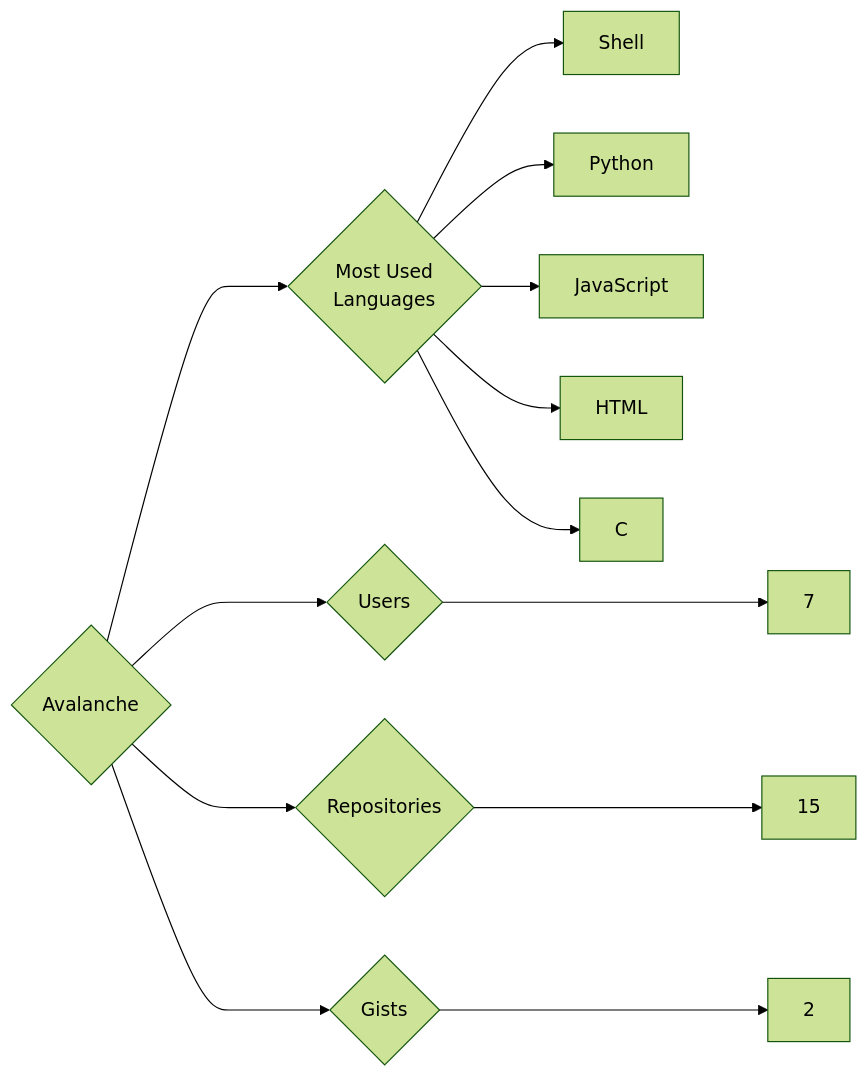
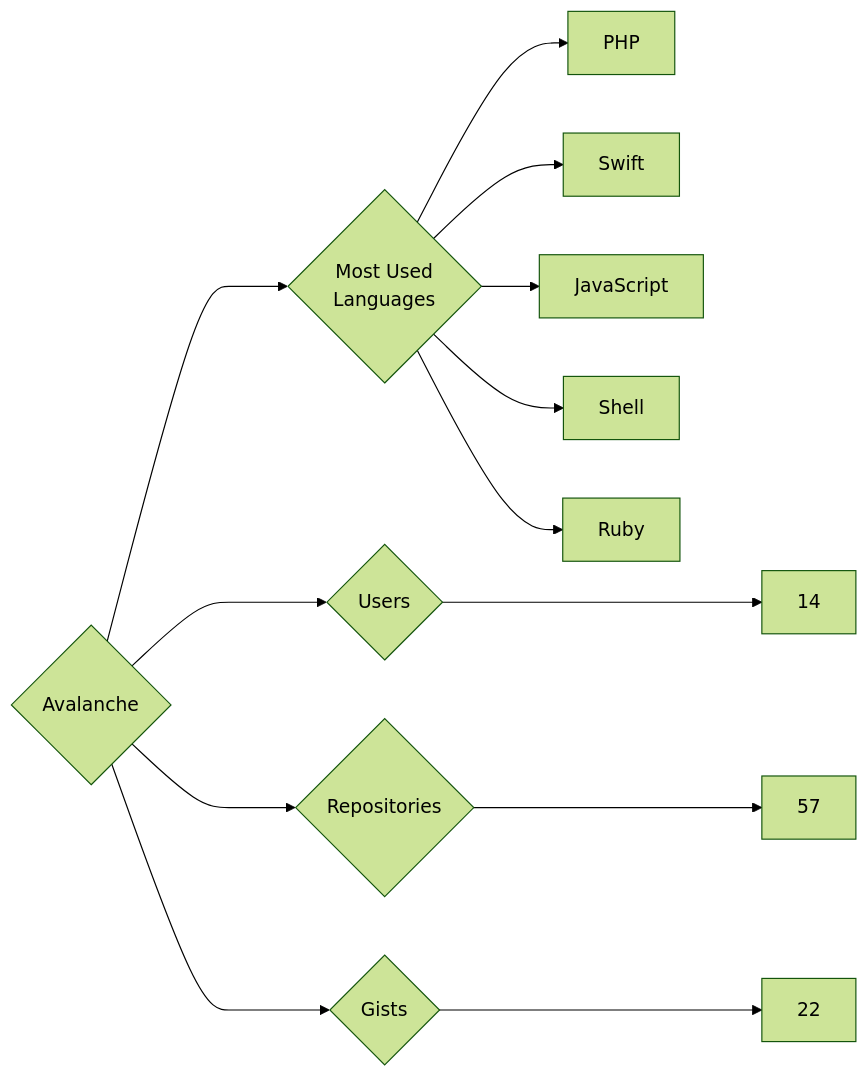
One commit to trickest/insiders changed the diagram in targets/Avalanche/README.md. Above: the diagram before and after it, drawn with Mermaid (forest theme). The commit also changed 860 other files, not shown here.

````diff
--- a/targets/Avalanche/README.md
+++ b/targets/Avalanche/README.md
@@ -3,13 +3,13 @@
 ```mermaid
 graph LR
 COMPANY_NAME{Avalanche}
-COMPANY_NAME ---> U{Users} ---> UN[7]
-COMPANY_NAME ---> R{Repositories} ---> RN[15]
-COMPANY_NAME ---> G{Gists} ---> GN[2]
+COMPANY_NAME ---> U{Users} ---> UN[14]
+COMPANY_NAME ---> R{Repositories} ---> RN[57]
+COMPANY_NAME ---> G{Gists} ---> GN[22]
 COMPANY_NAME ---> ML{Most Used<br>Languages}
+ML --> PHP[PHP]
+ML --> Swift[Swift]
+ML --> JavaScript[JavaScript]
 ML --> Shell[Shell]
-ML --> Python[Python]
-ML --> JavaScript[JavaScript]
-ML --> HTML[HTML]
-ML --> C[C]
+ML --> Ruby[Ruby]
 ```
````
